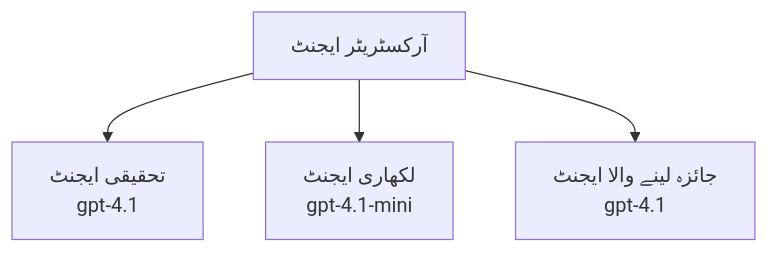
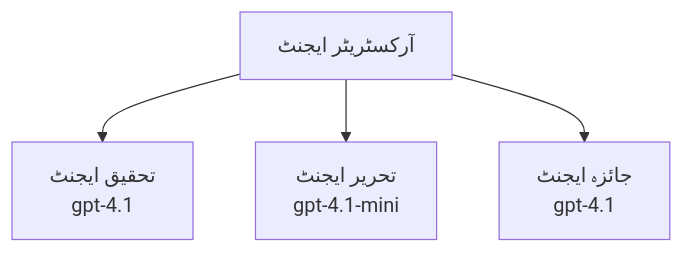
One commit to microsoft/AZD-for-beginners changed the third of 3 diagrams in translations/ur/docs/chapter-02-ai-development/agents.md. Above: the diagram before and after it, drawn with Mermaid. The commit also changed other lines of this file and 60 other files, not shown here.

````diff
--- a/translations/ur/docs/chapter-02-ai-development/agents.md
+++ b/translations/ur/docs/chapter-02-ai-development/agents.md
@@ -201,6 +201,6 @@
 ```mermaid
 graph TD
-    Orchestrator[آرکسٹریٹر ایجنٹ] --> Research[تحقیقی ایجنٹ<br/>gpt-4.1]
-    Orchestrator --> Writer[لکھاری ایجنٹ<br/>gpt-4.1-mini]
-    Orchestrator --> Reviewer[جائزہ لینے والا ایجنٹ<br/>gpt-4.1]
+    Orchestrator[آرکسٹریٹر ایجنٹ] --> Research[تحقیق ایجنٹ<br/>gpt-4.1]
+    Orchestrator --> Writer[تحریر ایجنٹ<br/>gpt-4.1-mini]
+    Orchestrator --> Reviewer[جائزہ ایجنٹ<br/>gpt-4.1]
 ```
````
